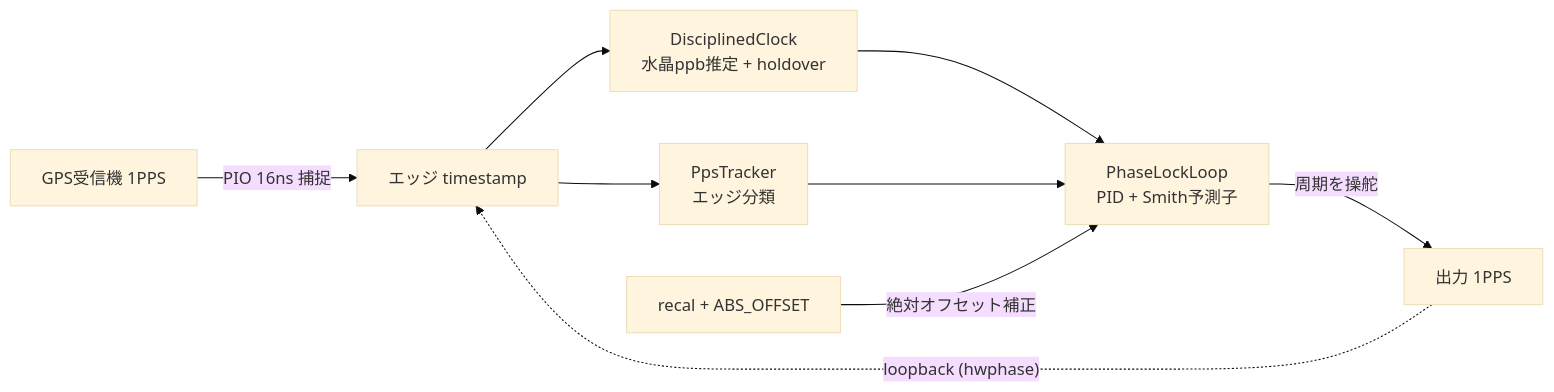
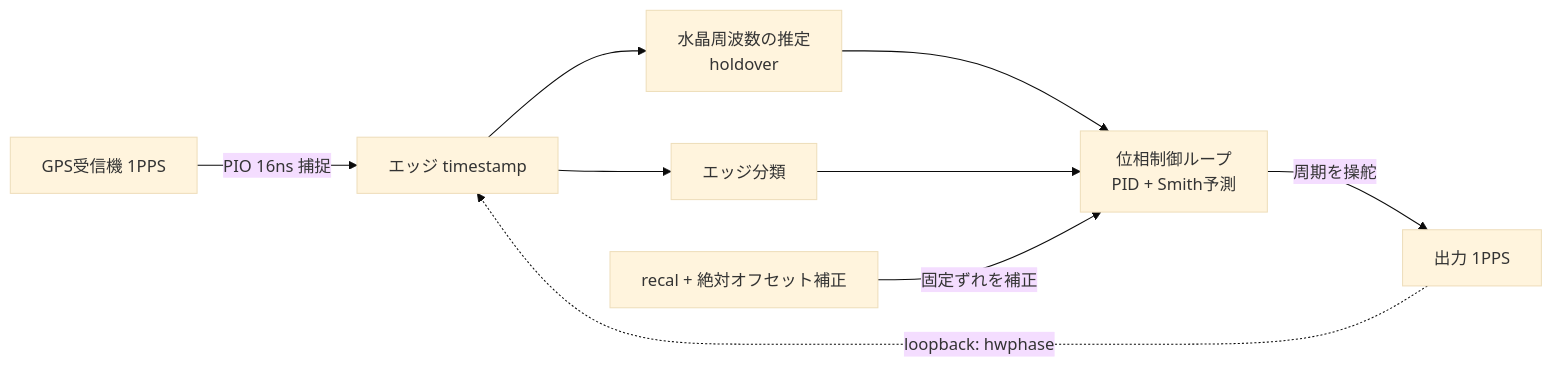
Before and after one commit to sksat/pico-gnss: the first of 2 diagrams in docs/report/precision.md, drawn with Mermaid (base theme). The commit also changed other lines of this file and 2 other files, not shown here.

````diff
--- a/docs/report/precision.md
+++ b/docs/report/precision.md
@@ -11,11 +11,11 @@
 ```mermaid
 flowchart LR
   GPS["GPS受信機 1PPS"] -->|"PIO 16ns 捕捉"| CAP["エッジ timestamp"]
-  CAP --> DC["DisciplinedClock<br/>水晶ppb推定 + holdover"]
-  CAP --> PT["PpsTracker<br/>エッジ分類"]
-  DC --> PLL["PhaseLockLoop<br/>PID + Smith予測子"]
+  CAP --> DC["水晶周波数の推定<br/>holdover"]
+  CAP --> PT["エッジ分類"]
+  DC --> PLL["位相制御ループ<br/>PID + Smith予測"]
   PT --> PLL
   PLL -->|"周期を操舵"| OUT["出力 1PPS"]
-  OUT -.->|"loopback (hwphase)"| CAP
-  RECAL["recal + ABS_OFFSET"] -->|"絶対オフセット補正"| PLL
+  OUT -.->|"loopback: hwphase"| CAP
+  RECAL["recal + 絶対オフセット補正"] -->|"固定ずれを補正"| PLL
 ```
````
